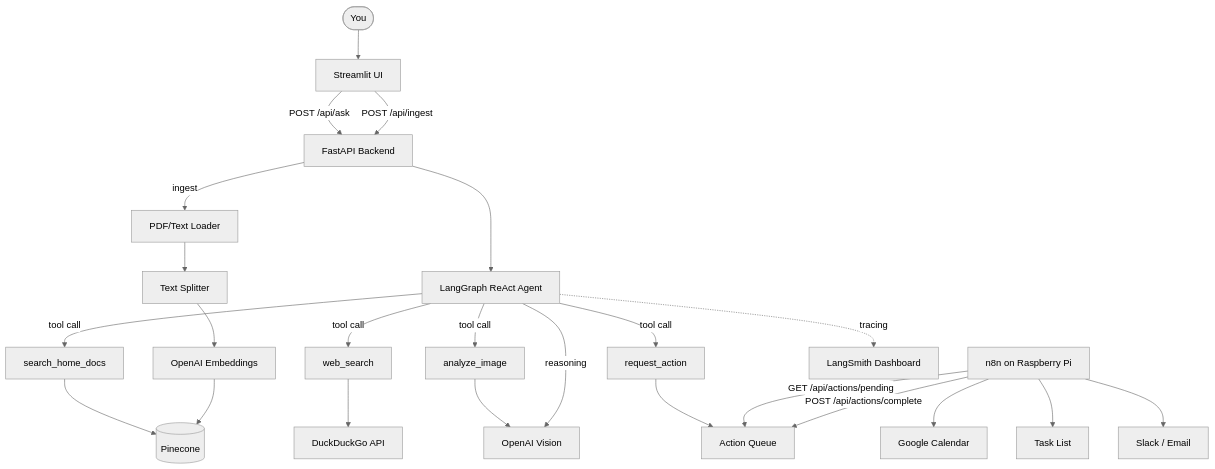
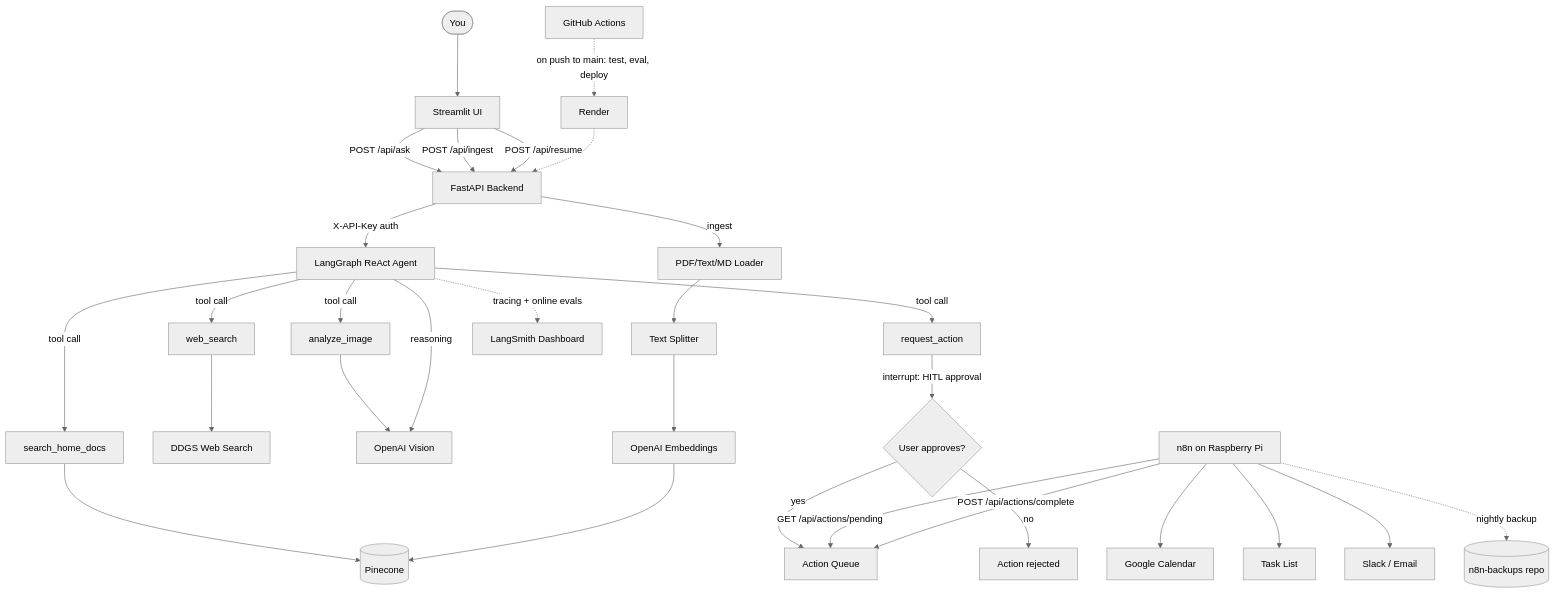
One commit to Ben-Bobo/home-intelligence-agent changed the first of 2 diagrams in README.md. Above: the diagram before and after it, drawn with Mermaid (neutral theme). The commit also changed other lines of this file and 5 other files, not shown here.

````diff
--- a/README.md
+++ b/README.md
@@ -69,33 +98,40 @@
 ```mermaid
 graph TD
     User([You]) --> Streamlit[Streamlit UI]
     Streamlit -->|POST /api/ask| FastAPI[FastAPI Backend]
     Streamlit -->|POST /api/ingest| FastAPI
+    Streamlit -->|POST /api/resume| FastAPI
 
-    FastAPI --> Agent[LangGraph ReAct Agent]
+    FastAPI -->|X-API-Key auth| Agent[LangGraph ReAct Agent]
 
     Agent -->|tool call| SearchDocs[search_home_docs]
     Agent -->|tool call| WebSearch[web_search]
     Agent -->|tool call| ImageAnalysis[analyze_image]
     Agent -->|tool call| RequestAction[request_action]
 
     SearchDocs --> Pinecone[(Pinecone)]
-    WebSearch --> DuckDuckGo[DuckDuckGo API]
+    WebSearch --> DDGS[DDGS Web Search]
     ImageAnalysis --> OpenAI[OpenAI Vision]
     Agent -->|reasoning| OpenAI
 
-    RequestAction --> Queue[Action Queue]
+    RequestAction -->|interrupt: HITL approval| Approval{User approves?}
+    Approval -->|yes| Queue[Action Queue]
+    Approval -->|no| Rejected[Action rejected]
 
     n8n[n8n on Raspberry Pi] -->|GET /api/actions/pending| Queue
     n8n -->|POST /api/actions/complete| Queue
     n8n --> Calendar[Google Calendar]
     n8n --> Tasks[Task List]
     n8n --> Notify[Slack / Email]
+    n8n -.->|nightly backup| N8nBackups[(n8n-backups repo)]
 
-    FastAPI -->|ingest| Loader[PDF/Text Loader]
+    FastAPI -->|ingest| Loader[PDF/Text/MD Loader]
     Loader --> Chunker[Text Splitter]
     Chunker --> Embeddings[OpenAI Embeddings]
     Embeddings --> Pinecone
 
-    Agent -.->|tracing| LangSmith[LangSmith Dashboard]
+    Agent -.->|tracing + online evals| LangSmith[LangSmith Dashboard]
+
+    GHA[GitHub Actions] -.->|on push to main: test, eval, deploy| Render[Render]
+    Render -.-> FastAPI
 ```
````
